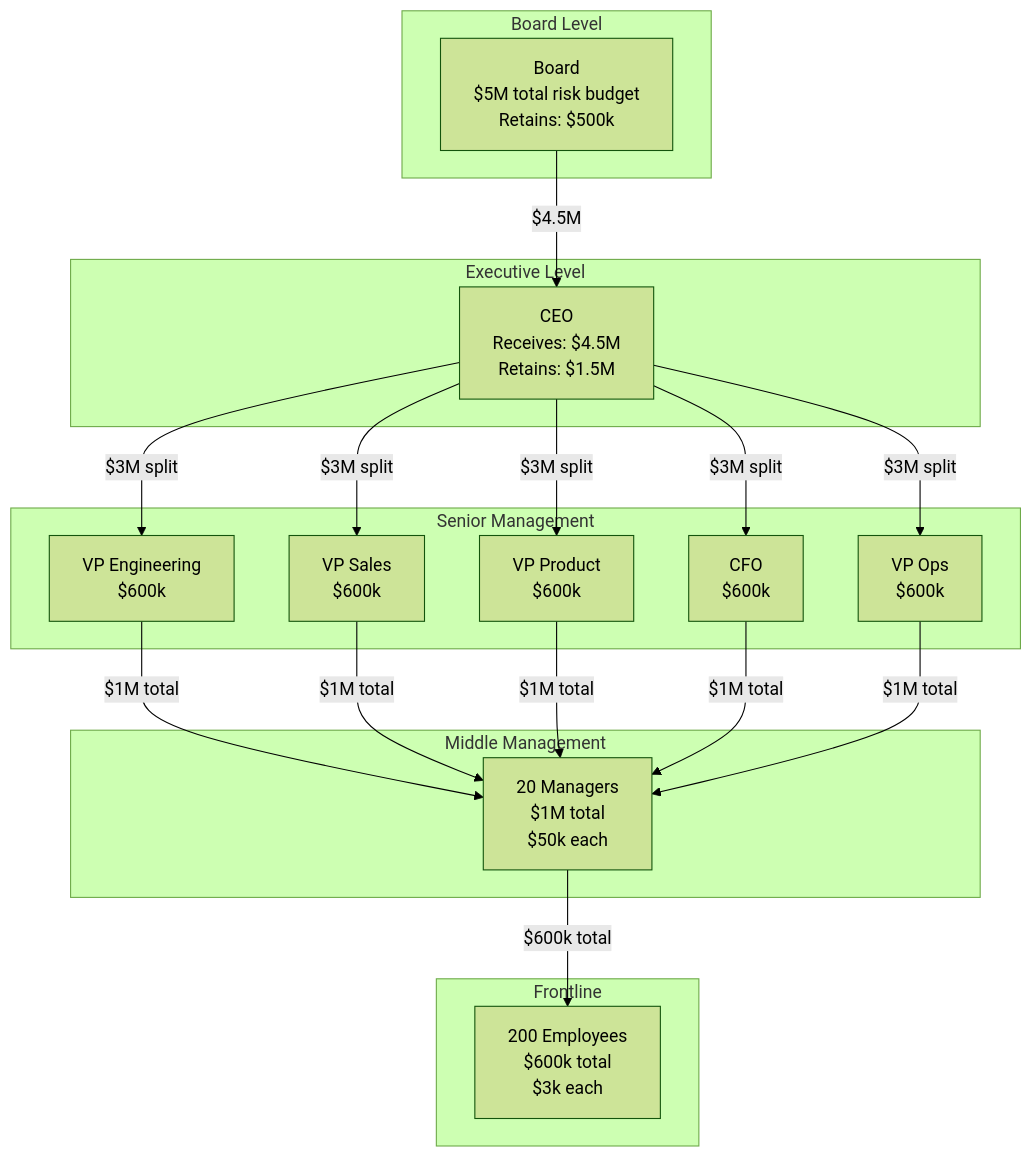
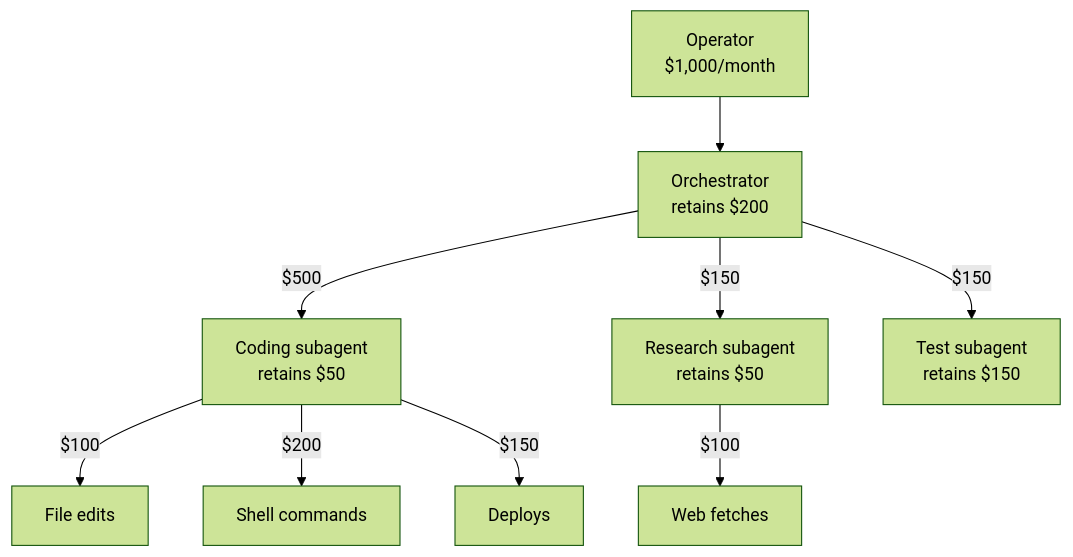
One commit to quantified-uncertainty/cairn changed the diagram in apps/delegation-risk/src/content/docs/delegation-risk/exposure-cascade.md. Above: the diagram before and after it, drawn with Mermaid (forest theme). The commit also changed other lines of this file and 253 other files, not shown here.

````diff
--- a/apps/delegation-risk/src/content/docs/delegation-risk/exposure-cascade.md
+++ b/apps/delegation-risk/src/content/docs/delegation-risk/exposure-cascade.md
@@ -55,31 +32,11 @@
 ```mermaid
 flowchart TB
-    subgraph L1["Board Level"]
-        B["Board<br/>$5M total risk budget<br/>Retains: $500k"]
-    end
-
-    subgraph L2["Executive Level"]
-        CEO["CEO<br/>Receives: $4.5M<br/>Retains: $1.5M"]
-    end
-
-    subgraph L3["Senior Management"]
-        E1["VP Engineering<br/>$600k"]
-        E2["VP Sales<br/>$600k"]
-        E3["VP Product<br/>$600k"]
-        E4["CFO<br/>$600k"]
-        E5["VP Ops<br/>$600k"]
-    end
-
-    subgraph L4["Middle Management"]
-        M["20 Managers<br/>$1M total<br/>$50k each"]
-    end
-
-    subgraph L5["Frontline"]
-        EMP["200 Employees<br/>$600k total<br/>$3k each"]
-    end
-
-    B -->|"$4.5M"| CEO
-    CEO -->|"$3M split"| E1 & E2 & E3 & E4 & E5
-    E1 & E2 & E3 & E4 & E5 -->|"$1M total"| M
-    M -->|"$600k total"| EMP
+    O["Operator<br/>$1,000/month"] --> R["Orchestrator<br/>retains $200"]
+    R -->|"$500"| C["Coding subagent<br/>retains $50"]
+    R -->|"$150"| S["Research subagent<br/>retains $50"]
+    R -->|"$150"| T["Test subagent<br/>retains $150"]
+    C -->|"$100"| F["File edits"]
+    C -->|"$200"| X["Shell commands"]
+    C -->|"$150"| D["Deploys"]
+    S -->|"$100"| W["Web fetches"]
 ```
````
